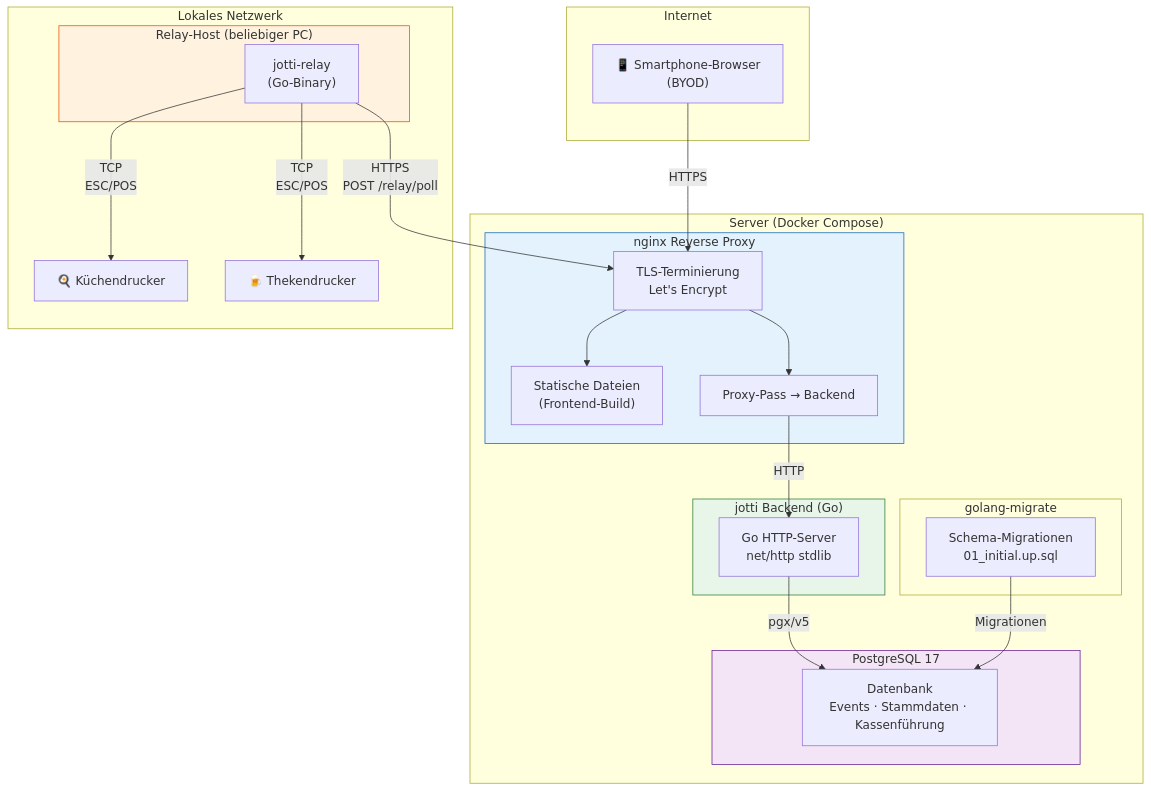
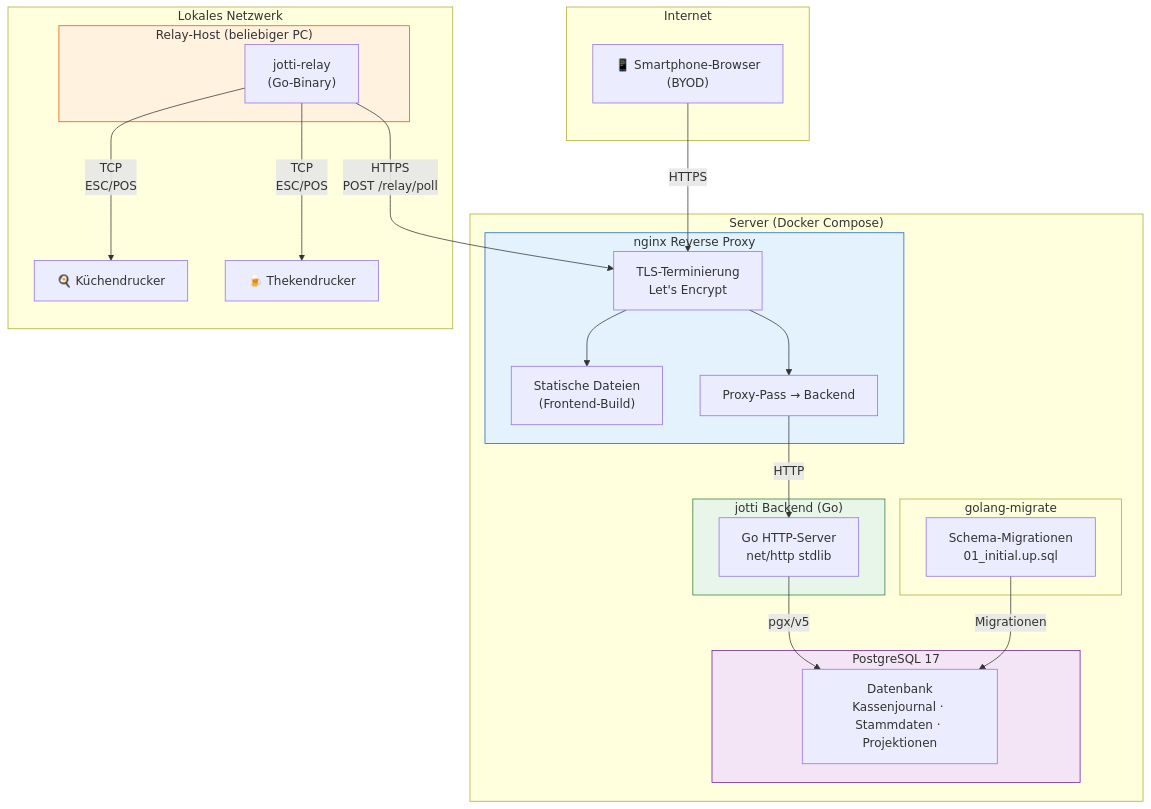
One commit to nicograef/jotti changed diagram 15 of 19 in docs/diagrams.md. Above: the diagram before and after it, drawn with Mermaid. The commit also changed other lines of this file and 16 other files, not shown here.

````diff
--- a/docs/diagrams.md
+++ b/docs/diagrams.md
@@ -624,51 +667,51 @@
 ```mermaid
 graph TB
     subgraph internet ["Internet"]
         Client["📱 Smartphone-Browser<br/>(BYOD)"]
     end
 
     subgraph server ["Server (Docker Compose)"]
         subgraph nginx ["nginx Reverse Proxy"]
             TLS["TLS-Terminierung<br/>Let's Encrypt"]
             Static["Statische Dateien<br/>(Frontend-Build)"]
             Proxy["Proxy-Pass → Backend"]
         end
 
         subgraph backend ["jotti Backend (Go)"]
             API["Go HTTP-Server<br/>net/http stdlib"]
         end
 
         subgraph db ["PostgreSQL 17"]
-            Database["Datenbank<br/>Events · Stammdaten · Kassenführung"]
+            Database["Datenbank<br/>Kassenjournal · Stammdaten · Projektionen"]
         end
 
         subgraph migrate ["golang-migrate"]
             Mig["Schema-Migrationen<br/>01_initial.up.sql"]
         end
     end
 
     subgraph lokal ["Lokales Netzwerk"]
         subgraph relayhost ["Relay-Host (beliebiger PC)"]
             PrintRelay["jotti-relay<br/>(Go-Binary)"]
         end
 
         Drucker1["🍳 Küchendrucker"]
         Drucker2["🍺 Thekendrucker"]
     end
 
     Client -->|"HTTPS"| TLS
     TLS --> Static
     TLS --> Proxy
     Proxy -->|"HTTP"| API
     API -->|"pgx/v5"| Database
     Mig -->|"Migrationen"| Database
 
     PrintRelay -->|"HTTPS<br/>POST /relay/poll"| TLS
     PrintRelay -->|"TCP<br/>ESC/POS"| Drucker1
     PrintRelay -->|"TCP<br/>ESC/POS"| Drucker2
 
     style nginx fill:#e3f2fd,stroke:#1565c0
     style backend fill:#e8f5e9,stroke:#2e7d32
     style db fill:#f3e5f5,stroke:#6a1b9a
     style relayhost fill:#fff3e0,stroke:#e65100
 ```
````
